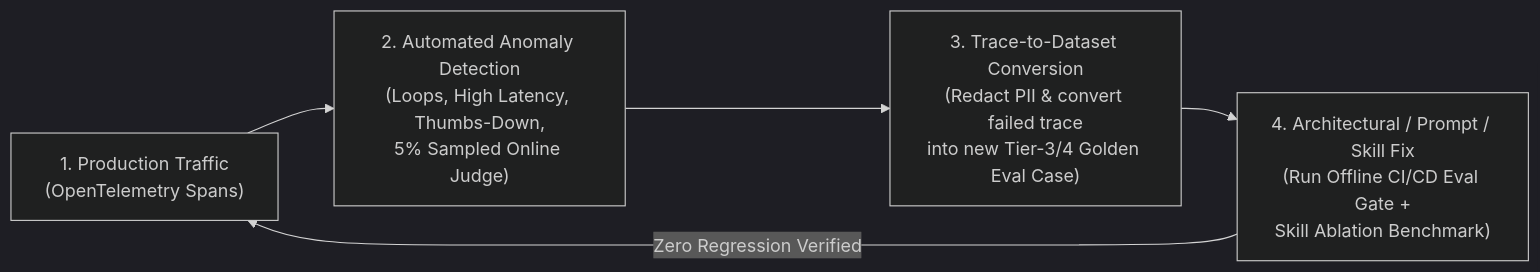
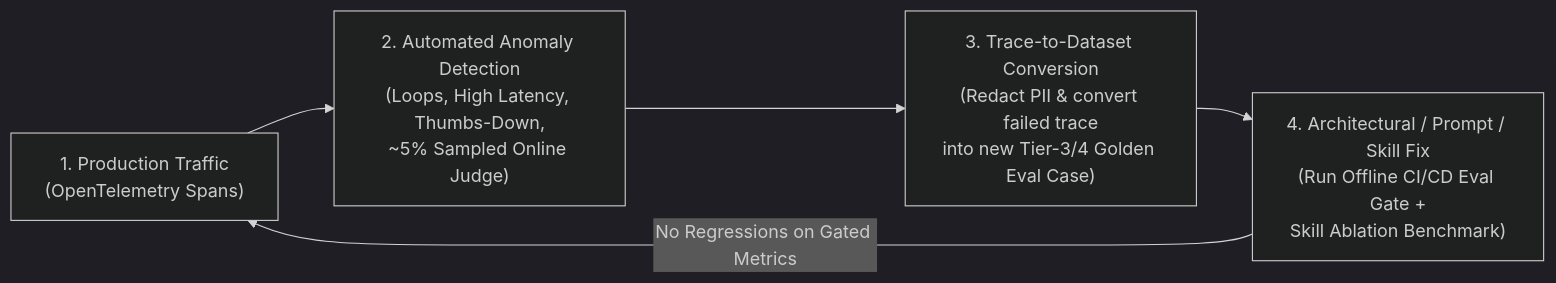
The fourth of 4 diagrams in chapter-10-agentic-evaluation-and-observability.md (Rajdipc/agentic-ai-orchestration-patterns), drawn with Mermaid (dark theme) before and after one commit. The commit also changed other lines of this file and 18 other files, not shown here.

````diff
--- a/chapter-10-agentic-evaluation-and-observability.md
+++ b/chapter-10-agentic-evaluation-and-observability.md
@@ -110,7 +166,7 @@
 ```mermaid
 flowchart LR
-    Prod["1. Production Traffic\n(OpenTelemetry Spans)"] --> Detect["2. Automated Anomaly Detection\n(Loops, High Latency, Thumbs-Down,\n5% Sampled Online Judge)"]
-    Detect --> Curate["3. Trace-to-Dataset Conversion\n(Redact PII & convert failed trace\ninto new Tier-3/4 Golden Eval Case)"]
-    Curate --> Fix["4. Architectural / Prompt / Skill Fix\n(Run Offline CI/CD Eval Gate +\nSkill Ablation Benchmark)"]
-    Fix -- "Zero Regression Verified" --> Prod
+    Prod["1. Production Traffic<br/>(OpenTelemetry Spans)"] --> Detect["2. Automated Anomaly Detection<br/>(Loops, High Latency, Thumbs-Down,<br/>~5% Sampled Online Judge)"]
+    Detect --> Curate["3. Trace-to-Dataset Conversion<br/>(Redact PII & convert failed trace<br/>into new Tier-3/4 Golden Eval Case)"]
+    Curate --> Fix["4. Architectural / Prompt / Skill Fix<br/>(Run Offline CI/CD Eval Gate +<br/>Skill Ablation Benchmark)"]
+    Fix -->|"No Regressions on Gated Metrics"| Prod
 ```
````
